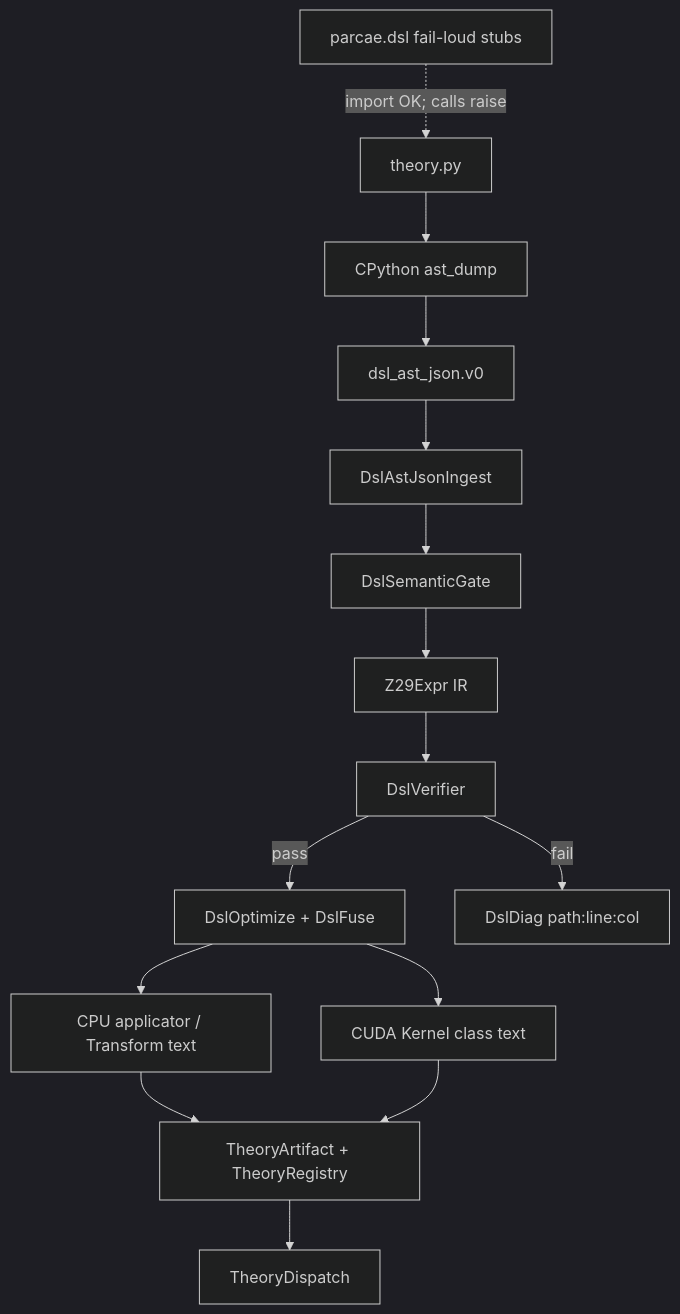
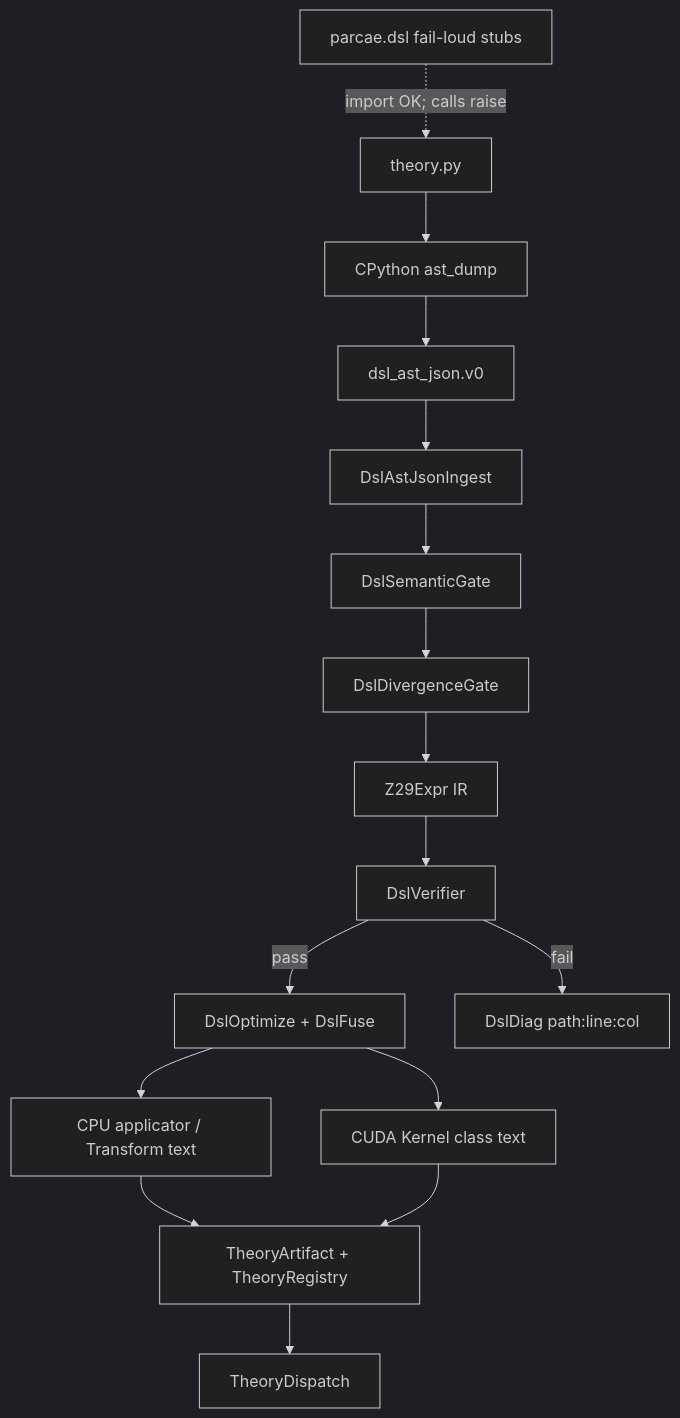
Before and after one commit to ToldByNun/Parcae: the first of 2 diagrams in docs/architecture/python-transpiler.md, drawn with Mermaid (dark theme). The commit also changed other lines of this file and 8 other files, not shown here.

First line of the commit message:
Add HotLoop divergence gate and W011 warnings

````diff
--- a/docs/architecture/python-transpiler.md
+++ b/docs/architecture/python-transpiler.md
@@ -69,25 +70,26 @@
 ```mermaid
 flowchart TB
   src["theory.py"]
   stubs["parcae.dsl fail-loud stubs"]
   dump["CPython ast_dump"]
   json["dsl_ast_json.v0"]
   ingest["DslAstJsonIngest"]
   gate["DslSemanticGate"]
+  div["DslDivergenceGate"]
   ir["Z29Expr IR"]
   verify["DslVerifier"]
   opt["DslOptimize + DslFuse"]
   cpu["CPU applicator / Transform text"]
   cuda["CUDA Kernel class text"]
   art["TheoryArtifact + TheoryRegistry"]
   dispatch["TheoryDispatch"]
 
   stubs -.->|"import OK; calls raise"| src
-  src --> dump --> json --> ingest --> gate --> ir --> verify
+  src --> dump --> json --> ingest --> gate --> div --> ir --> verify
   verify -->|fail| diag["DslDiag path:line:col"]
   verify -->|pass| opt --> cpu
   opt --> cuda
   cpu --> art
   cuda --> art
   art --> dispatch
 ```
````
